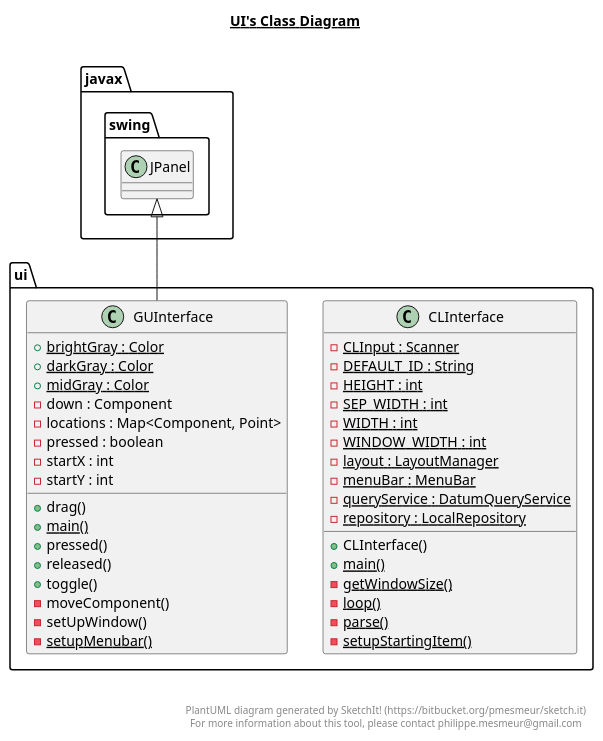
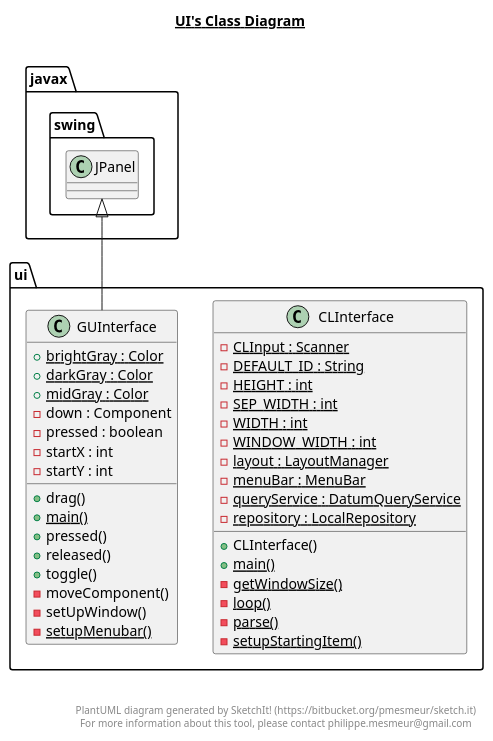
The diagram in src/main/ui/ui.plantuml (Bryce-MW/WikidataExplorer), drawn with PlantUML before and after one commit. The commit also changed 4 other files, not shown here.

```diff
--- a/src/main/ui/ui.plantuml
+++ b/src/main/ui/ui.plantuml
@@ -1,59 +1,58 @@
 @startuml
 
 title __UI's Class Diagram__\n
 
   namespace ui {
     class ui.CLInterface {
         {static} - CLInput : Scanner
         {static} - DEFAULT_ID : String
         {static} - HEIGHT : int
         {static} - SEP_WIDTH : int
         {static} - WIDTH : int
         {static} - WINDOW_WIDTH : int
         {static} - layout : LayoutManager
         {static} - menuBar : MenuBar
         {static} - queryService : DatumQueryService
         {static} - repository : LocalRepository
         + CLInterface()
         {static} + main()
         {static} - getWindowSize()
         {static} - loop()
         {static} - parse()
         {static} - setupStartingItem()
     }
   }
   
 
   namespace ui {
     class ui.GUInterface {
         {static} + brightGray : Color
         {static} + darkGray : Color
         {static} + midGray : Color
         - down : Component
-        - locations : Map<Component, Point>
         - pressed : boolean
         - startX : int
         - startY : int
         + drag()
         {static} + main()
         + pressed()
         + released()
         + toggle()
         - moveComponent()
         - setUpWindow()
         {static} - setupMenubar()
     }
   }
   
 
   ui.GUInterface -up-|> javax.swing.JPanel
 
 
 right footer
 
 
 PlantUML diagram generated by SketchIt! (https://bitbucket.org/pmesmeur/sketch.it)
 For more information about this tool, please contact philippe.mesmeur@gmail.com
 endfooter
 
 @enduml
```
